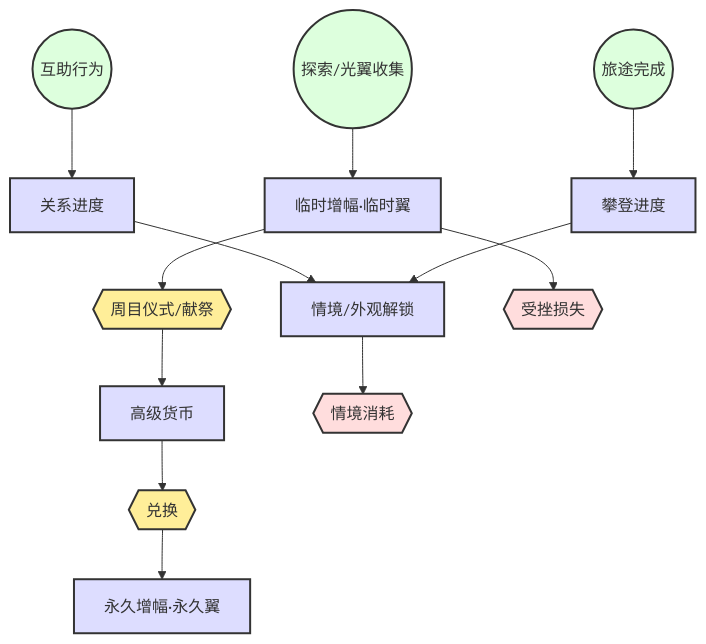
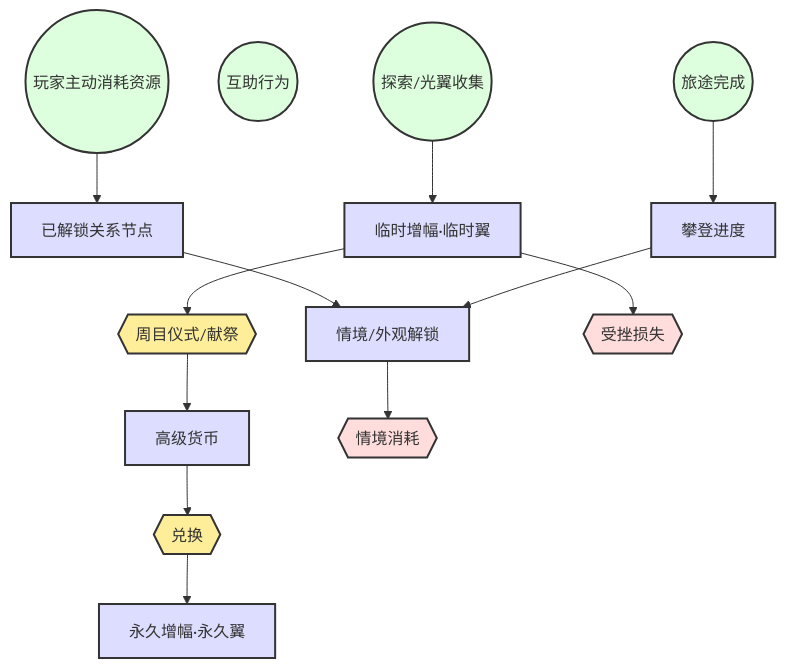
The diagram in 项目/代号梦山/00_项目核心/04_ResourceFlow_资源流.md (zanezhuzhi/DreamMountain), drawn with Mermaid before and after one commit. The commit also changed other lines of this file and 16 other files, not shown here.

````diff
--- a/项目/代号梦山/00_项目核心/04_ResourceFlow_资源流.md
+++ b/项目/代号梦山/00_项目核心/04_ResourceFlow_资源流.md
@@ -20,33 +20,34 @@
 ```mermaid
 graph TD
     classDef source fill:#dfd,stroke:#333,stroke-width:2px;
     classDef sink fill:#fdd,stroke:#333,stroke-width:2px;
     classDef pool fill:#ddf,stroke:#333,stroke-width:2px;
     classDef converter fill:#fe9,stroke:#333,stroke-width:2px;
 
     旅途完成((旅途完成)):::source
     互助行为((互助行为)):::source
+    资源消耗((玩家主动消耗资源)):::source
     探索收集((探索/光翼收集)):::source
-    关系进度[关系进度]:::pool
+    已解锁关系节点[已解锁关系节点]:::pool
     情境解锁[情境/外观解锁]:::pool
     攀登进度[攀登进度]:::pool
     临时增幅[临时增幅·临时翼]:::pool
     高级货币[高级货币]:::pool
     永久增幅[永久增幅·永久翼]:::pool
     周目仪式{{周目仪式/献祭}}:::converter
     兑换永久{{兑换}}:::converter
     情境消耗{{情境消耗}}:::sink
     受挫损失{{受挫损失}}:::sink
 
     旅途完成 --> 攀登进度
-    互助行为 --> 关系进度
-    关系进度 --> 情境解锁
+    资源消耗 --> 已解锁关系节点
+    已解锁关系节点 --> 情境解锁
     攀登进度 --> 情境解锁
     情境解锁 --> 情境消耗
     探索收集 --> 临时增幅
     临时增幅 --> 受挫损失
     临时增幅 --> 周目仪式
     周目仪式 --> 高级货币
     高级货币 --> 兑换永久
     兑换永久 --> 永久增幅
 ```
````
